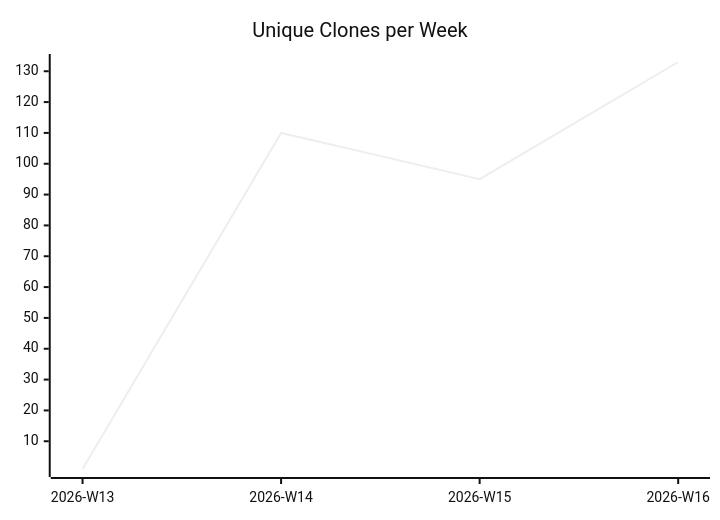
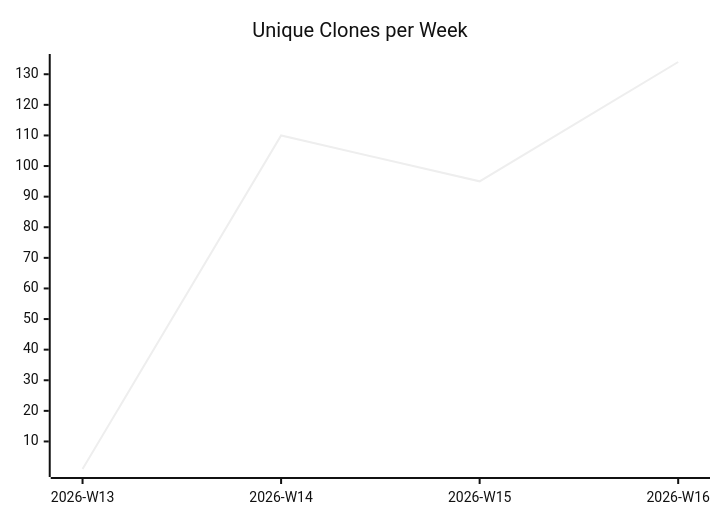
The third of 3 diagrams in justdavis-family/justdavis/README.md (justdavis-family/github-analytics-data), drawn with Mermaid (neutral theme) before and after one commit. The commit also changed other lines of this file and 181 other files, not shown here.

````diff
--- a/justdavis-family/justdavis/README.md
+++ b/justdavis-family/justdavis/README.md
@@ -19,6 +19,6 @@
 ```mermaid
 xychart-beta
   title "Unique Clones per Week"
   x-axis ["2026-W13", "2026-W14", "2026-W15", "2026-W16"]
-  line [1, 110, 95, 133]
+  line [1, 110, 95, 134]
 ```
````
